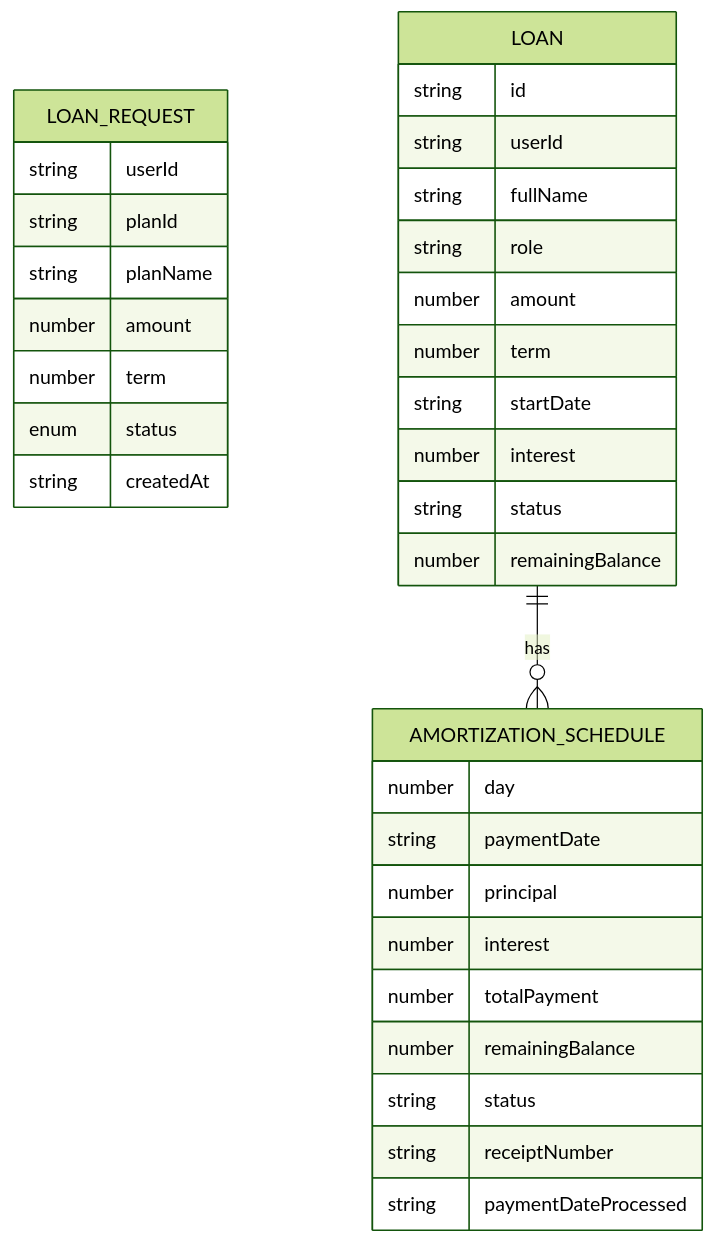
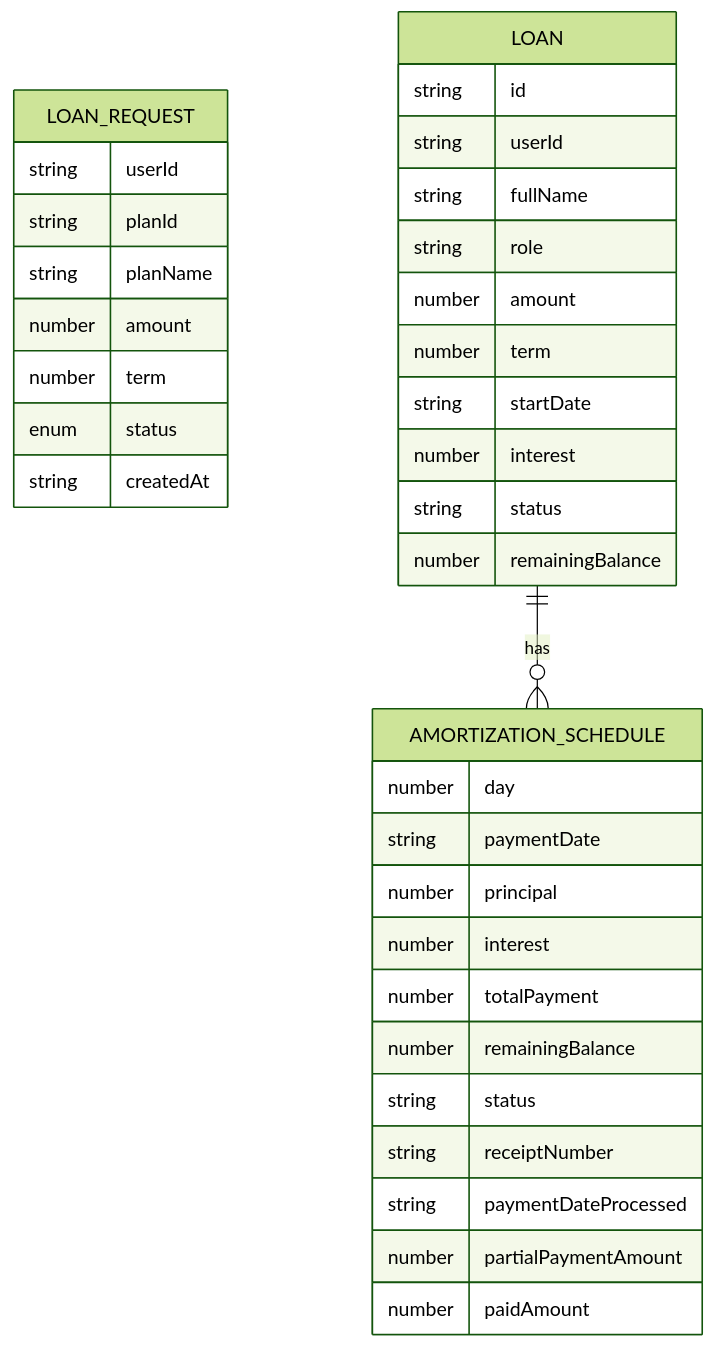
The seventh of 12 diagrams in .qoder/repowiki/en/content/API Endpoints Reference/Loan Management API.md (Unsure-bry/sampacoop_system), drawn with Mermaid (forest theme) before and after one commit. The commit also changed other lines of this file and 4 other files, not shown here.

````diff
--- a/.qoder/repowiki/en/content/API Endpoints Reference/Loan Management API.md
+++ b/.qoder/repowiki/en/content/API Endpoints Reference/Loan Management API.md
@@ -303,36 +330,38 @@
 ```mermaid
 erDiagram
 LOAN_REQUEST {
 string userId
 string planId
 string planName
 number amount
 number term
 enum status
 string createdAt
 }
 LOAN {
 string id
 string userId
 string fullName
 string role
 number amount
 number term
 string startDate
 number interest
 string status
 number remainingBalance
 }
 AMORTIZATION_SCHEDULE {
 number day
 string paymentDate
 number principal
 number interest
 number totalPayment
 number remainingBalance
 string status
 string receiptNumber
 string paymentDateProcessed
+number partialPaymentAmount
+number paidAmount
 }
 LOAN ||--o{ AMORTIZATION_SCHEDULE : "has"
 ```
````
